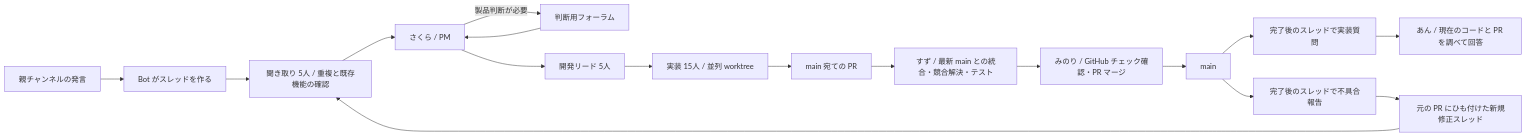
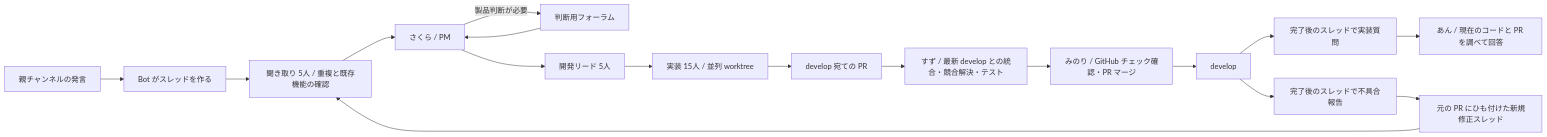
Before and after one commit to katteni-kaihatu/tonarium-agent: the diagram in README.md, drawn with Mermaid. The commit also changed other lines of this file and 17 other files, not shown here.

````diff
--- a/README.md
+++ b/README.md
@@ -9,19 +9,19 @@
 ```mermaid
 flowchart LR
   Voice[親チャンネルの発言] --> Thread[Bot がスレッドを作る]
   Thread --> H[聞き取り 5人 / 重複と既存機能の確認]
   H --> S[さくら / PM]
   S -->|製品判断が必要| Forum[判断用フォーラム]
   Forum --> S
   S --> A[開発リード 5人]
   A --> Workers[実装 15人 / 並列 worktree]
-  Workers --> PR[main 宛ての PR]
-  PR --> I[すず / 最新 main との統合・競合解決・テスト]
+  Workers --> PR[develop 宛ての PR]
+  PR --> I[すず / 最新 develop との統合・競合解決・テスト]
   I --> M[みのり / GitHub チェック確認・PR マージ]
-  M --> Main[main]
-  Main --> Q[完了後のスレッドで実装質問]
+  M --> Develop[develop]
+  Develop --> Q[完了後のスレッドで実装質問]
   Q --> Help[あん / 現在のコードと PR を調べて回答]
-  Main --> Bug[完了後のスレッドで不具合報告]
+  Develop --> Bug[完了後のスレッドで不具合報告]
   Bug --> Repair[元の PR にひも付けた新規修正スレッド]
   Repair --> H
 ```
````
